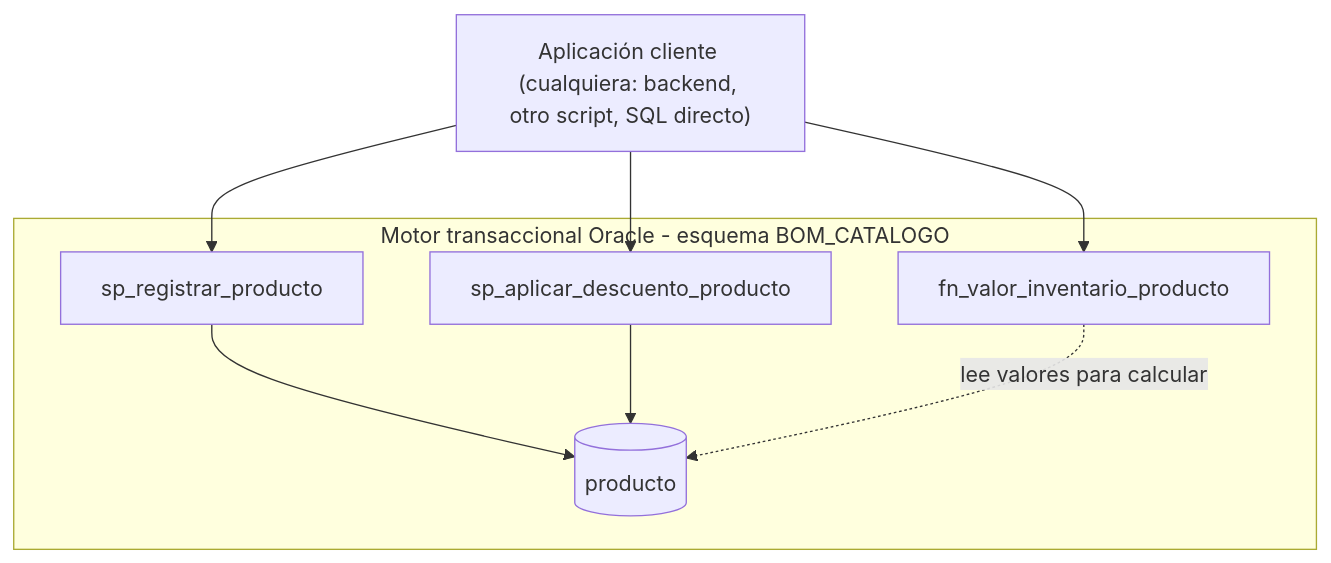
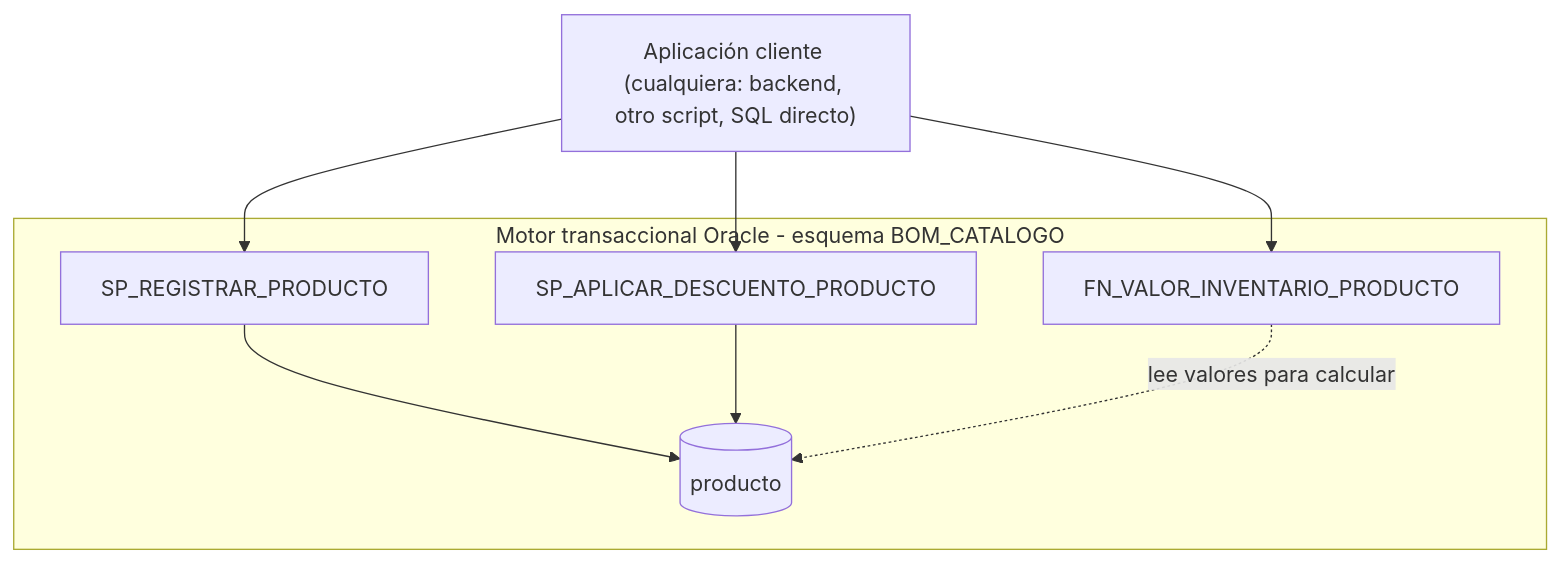
One commit to 262ciclo4/bomerp changed the second of 2 diagrams in docs/bd2/sesiones/S01_PLSQL_Aplicado_Negocio.md. Above: the diagram before and after it, drawn with Mermaid. The commit also changed other lines of this file and 9 other files, not shown here.

````diff
--- a/docs/bd2/sesiones/S01_PLSQL_Aplicado_Negocio.md
+++ b/docs/bd2/sesiones/S01_PLSQL_Aplicado_Negocio.md
@@ -91,18 +91,18 @@
 ```mermaid
 flowchart TB
     subgraph ORA["Motor transaccional Oracle - esquema BOM_CATALOGO"]
-        SP1[sp_registrar_producto]
-        SP2[sp_aplicar_descuento_producto]
-        FN[fn_valor_inventario_producto]
+        SP1[SP_REGISTRAR_PRODUCTO]
+        SP2[SP_APLICAR_DESCUENTO_PRODUCTO]
+        FN[FN_VALOR_INVENTARIO_PRODUCTO]
         T[(producto)]
 
         SP1 --> T
         SP2 --> T
         FN -.->|lee valores para calcular| T
     end
 
     APP["`Aplicación cliente (cualquiera: backend, otro script, SQL directo)`"]
     APP --> SP1
     APP --> FN
     APP --> SP2
 ```
````
